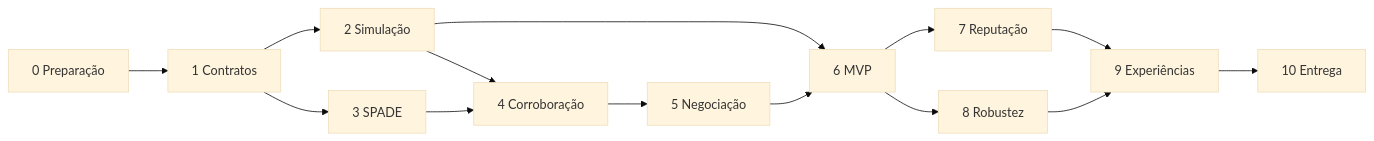
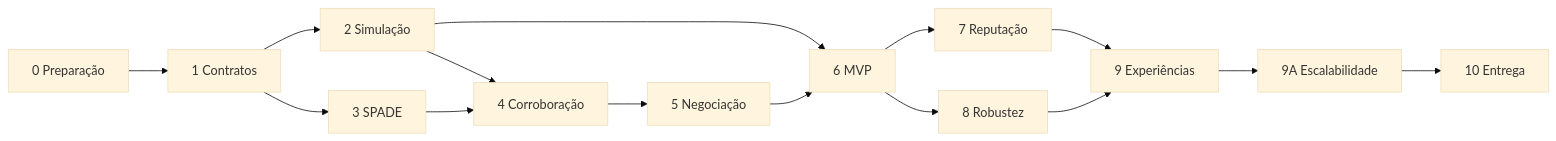
Before and after one commit to Afonsopereira1/Agents-Project: the diagram in docs/development-plan.md, drawn with Mermaid (base theme). The commit also changed other lines of this file, not shown here.

Commit message:
docs: escalabilidade antes etapa 10

````diff
--- a/docs/development-plan.md
+++ b/docs/development-plan.md
@@ -17,16 +17,17 @@
 ```mermaid
 flowchart LR
   E0[0 Preparação] --> E1[1 Contratos]
   E1 --> E2[2 Simulação]
   E1 --> E3[3 SPADE]
   E2 --> E4[4 Corroboração]
   E3 --> E4
   E4 --> E5[5 Negociação]
   E2 --> E6[6 MVP]
   E5 --> E6
   E6 --> E7[7 Reputação]
   E6 --> E8[8 Robustez]
   E7 --> E9[9 Experiências]
   E8 --> E9
-  E9 --> E10[10 Entrega]
+  E9 --> E9A[9A Escalabilidade]
+  E9A --> E10[10 Entrega]
 ```
````
